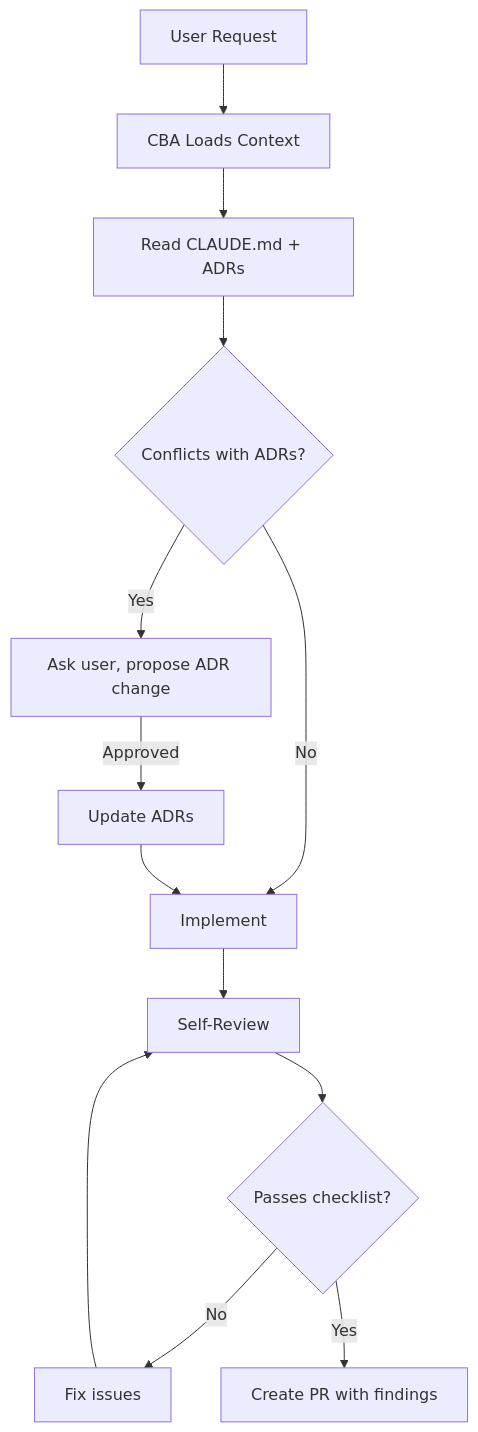
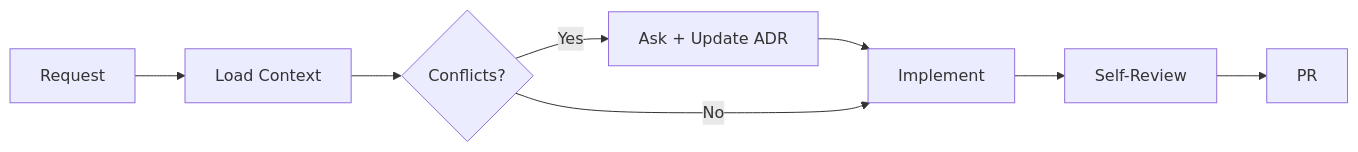
The diagram in docs/quickstart.md (ambient-code/reference), drawn with Mermaid before and after one commit. The commit also changed 8 other files, not shown here.

First line of the commit message:
docs: simplify mermaid diagrams for visual clarity (#17)

````diff
--- a/docs/quickstart.md
+++ b/docs/quickstart.md
@@ -69,15 +69,10 @@
 ```mermaid
-flowchart TD
-    A[User Request] --> B[CBA Loads Context]
-    B --> C[Read CLAUDE.md + ADRs]
-    C --> D{Conflicts with ADRs?}
-    D -->|Yes| E[Ask user, propose ADR change]
-    D -->|No| F[Implement]
-    E -->|Approved| G[Update ADRs]
-    G --> F
-    F --> H[Self-Review]
-    H --> I{Passes checklist?}
-    I -->|No| J[Fix issues]
-    J --> H
-    I -->|Yes| K[Create PR with findings]
+flowchart LR
+    A[Request] --> B[Load Context]
+    B --> C{Conflicts?}
+    C -->|Yes| D[Ask + Update ADR]
+    D --> E[Implement]
+    C -->|No| E
+    E --> F[Self-Review]
+    F --> G[PR]
 ```
````
